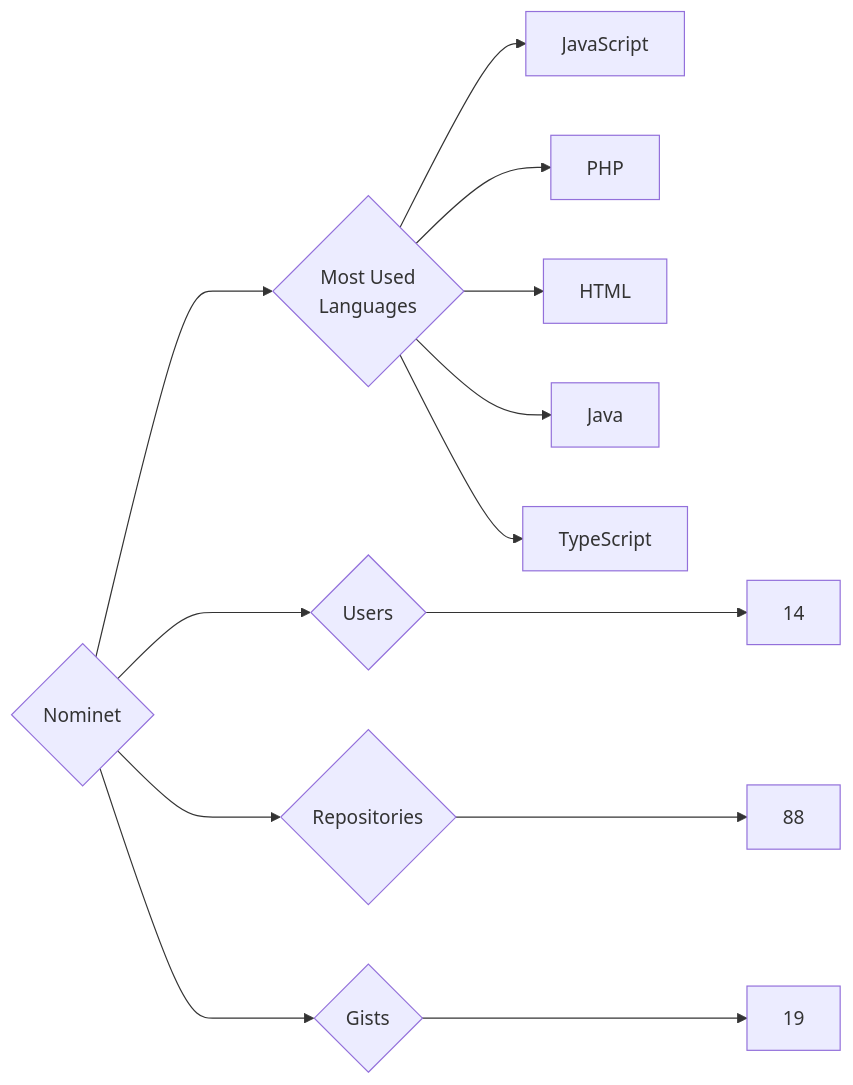
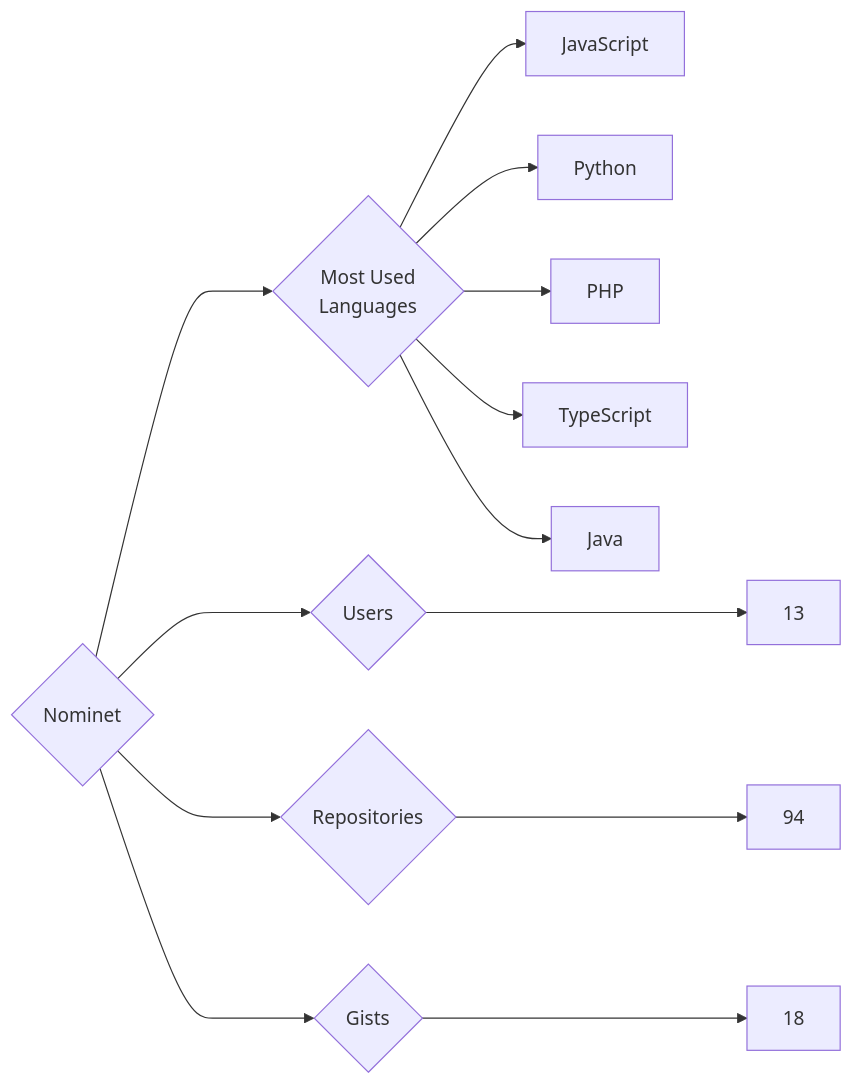
The diagram in targets/Nominet/README.md (trickest/insiders), drawn with Mermaid before and after one commit. The commit also changed 794 other files, not shown here.

````diff
--- a/targets/Nominet/README.md
+++ b/targets/Nominet/README.md
@@ -3,13 +3,13 @@
 ```mermaid
 graph LR
 COMPANY_NAME{Nominet}
-COMPANY_NAME ---> U{Users} ---> UN[14]
-COMPANY_NAME ---> R{Repositories} ---> RN[88]
-COMPANY_NAME ---> G{Gists} ---> GN[19]
+COMPANY_NAME ---> U{Users} ---> UN[13]
+COMPANY_NAME ---> R{Repositories} ---> RN[94]
+COMPANY_NAME ---> G{Gists} ---> GN[18]
 COMPANY_NAME ---> ML{Most Used<br>Languages}
 ML --> JavaScript[JavaScript]
+ML --> Python[Python]
 ML --> PHP[PHP]
-ML --> HTML[HTML]
+ML --> TypeScript[TypeScript]
 ML --> Java[Java]
-ML --> TypeScript[TypeScript]
 ```
````
